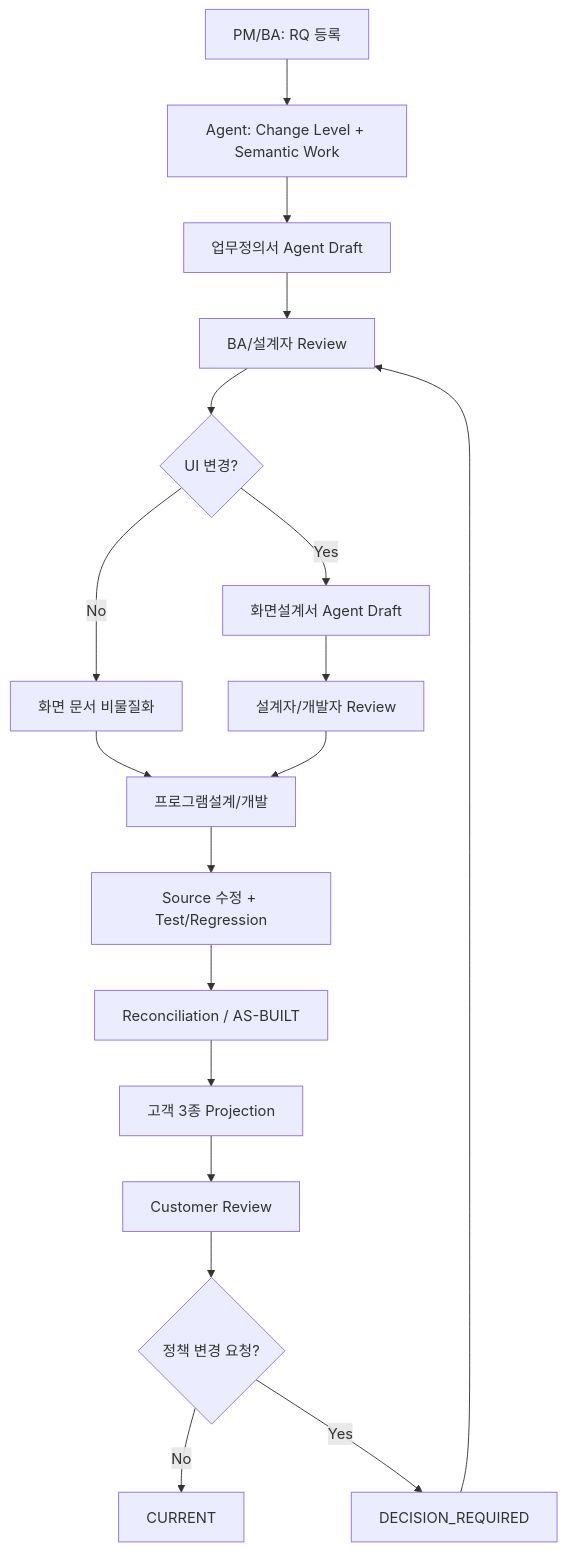
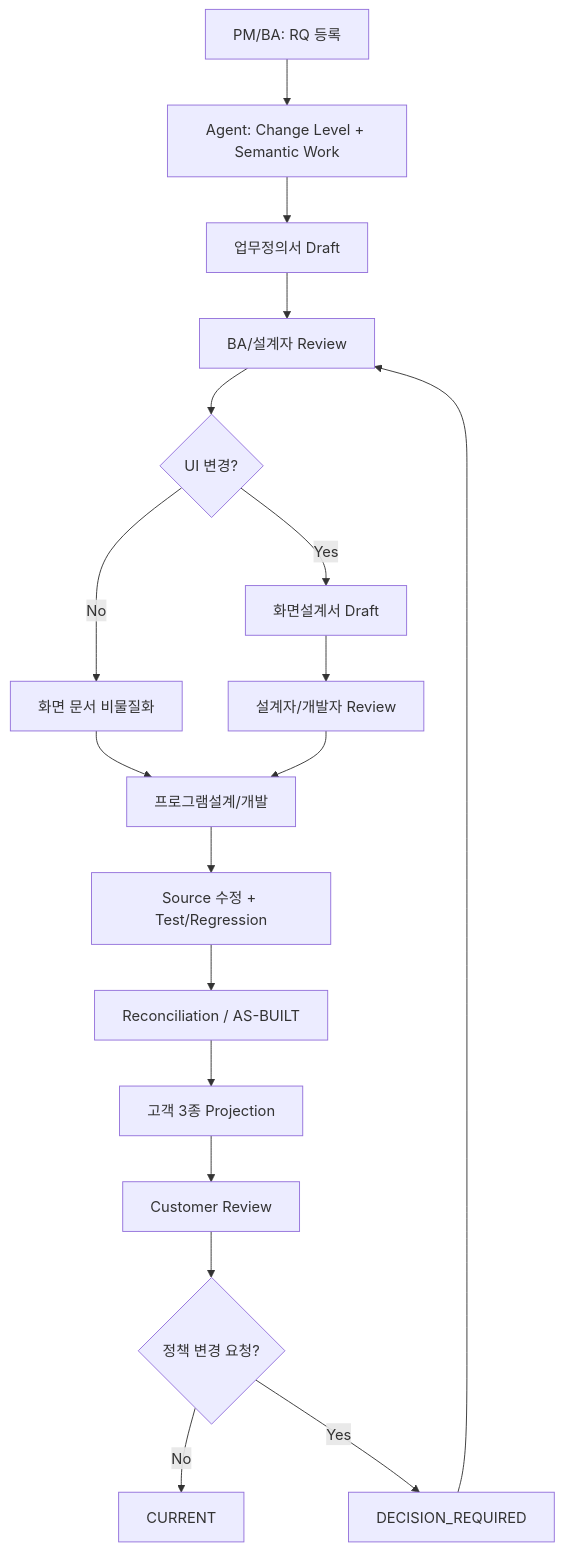
Before and after one commit to Seunghyun0606/SDLC_DDD_SDD: the diagram in docs/00_시작/09_CUSTOM_3X3_02_이해관계자_실행프로세스.md, drawn with Mermaid. The commit also changed other lines of this file, not shown here.

````diff
--- a/docs/00_시작/09_CUSTOM_3X3_02_이해관계자_실행프로세스.md
+++ b/docs/00_시작/09_CUSTOM_3X3_02_이해관계자_실행프로세스.md
@@ -18,20 +18,20 @@
 ```mermaid
 flowchart TD
     A["PM/BA: RQ 등록"] --> B["Agent: Change Level + Semantic Work"]
-    B --> C["업무정의서 Agent Draft"]
+    B --> C["업무정의서 Draft"]
     C --> D["BA/설계자 Review"]
     D --> E{"UI 변경?"}
-    E -- "Yes" --> F["화면설계서 Agent Draft"]
+    E -- "Yes" --> F["화면설계서 Draft"]
     E -- "No" --> G["화면 문서 비물질화"]
     F --> H["설계자/개발자 Review"]
     G --> I["프로그램설계/개발"]
     H --> I
     I --> J["Source 수정 + Test/Regression"]
     J --> K["Reconciliation / AS-BUILT"]
     K --> L["고객 3종 Projection"]
     L --> M["Customer Review"]
     M --> N{"정책 변경 요청?"}
     N -- "No" --> O["CURRENT"]
     N -- "Yes" --> P["DECISION_REQUIRED"]
     P --> D
 ```
````
